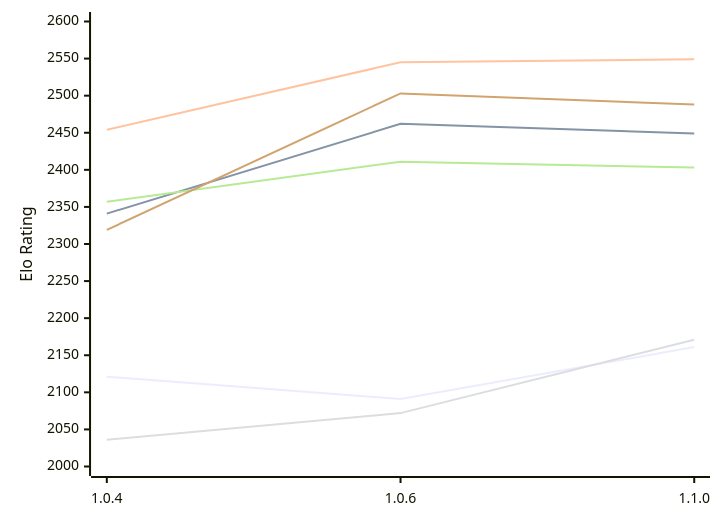
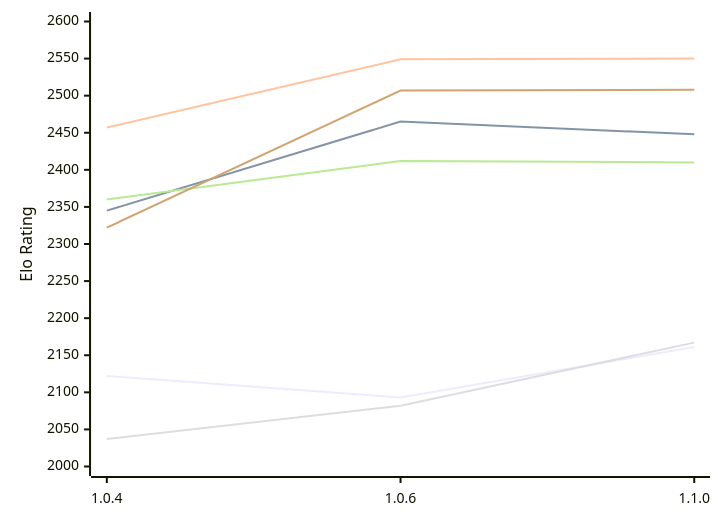
Before and after one commit to computer-chess-index/cci: the diagram in engines/Ankax.md, drawn with Mermaid. The commit also changed other lines of this file, not shown here.

Commit message:
Update CCI Ratings (ELO VLTC) - 2026-11-20

````diff
--- a/engines/Ankax.md
+++ b/engines/Ankax.md
@@ -51,12 +51,12 @@
 ```mermaid
 %%{init: {"theme":"base","themeVariables":{"seriesColors:['#a3a3a3','#222221','#faa371']}}}%%
 xychart-beta
   x-axis ["1.0.4", "1.0.6", "1.1.0"]
   y-axis "Elo Rating" 2000 --> 2600
-  line "E1: STC (8.0+0.08s)" [2121, 2091, 2161]
-  line "E1: LTC (60.0+0.60s)" [2341, 2462, 2449]
-  line "E1: VLTC (2m24s+1.12s)" [2454, 2545, 2549]
-  line "P1: STC (8.0+0.08s)" [2036, 2072, 2171]
-  line "P1: LTC (60.0+0.60s)" [2357, 2411, 2403]
-  line "P1: VLTC (2m24s+1.12s)" [2319, 2503, 2488]
+  line "E1: STC (8.0+0.08s)" [2122, 2093, 2161]
+  line "E1: LTC (60.0+0.60s)" [2345, 2465, 2448]
+  line "E1: VLTC (2m24s+1.12s)" [2457, 2549, 2550]
+  line "P1: STC (8.0+0.08s)" [2037, 2082, 2167]
+  line "P1: LTC (60.0+0.60s)" [2360, 2412, 2410]
+  line "P1: VLTC (2m24s+1.12s)" [2322, 2507, 2508]
 ```
````
